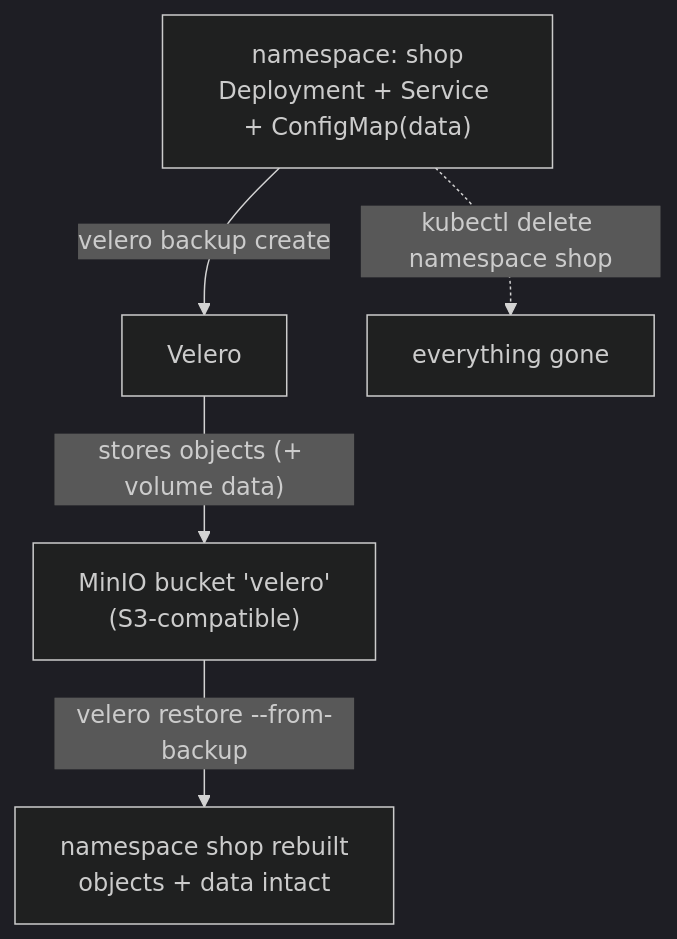
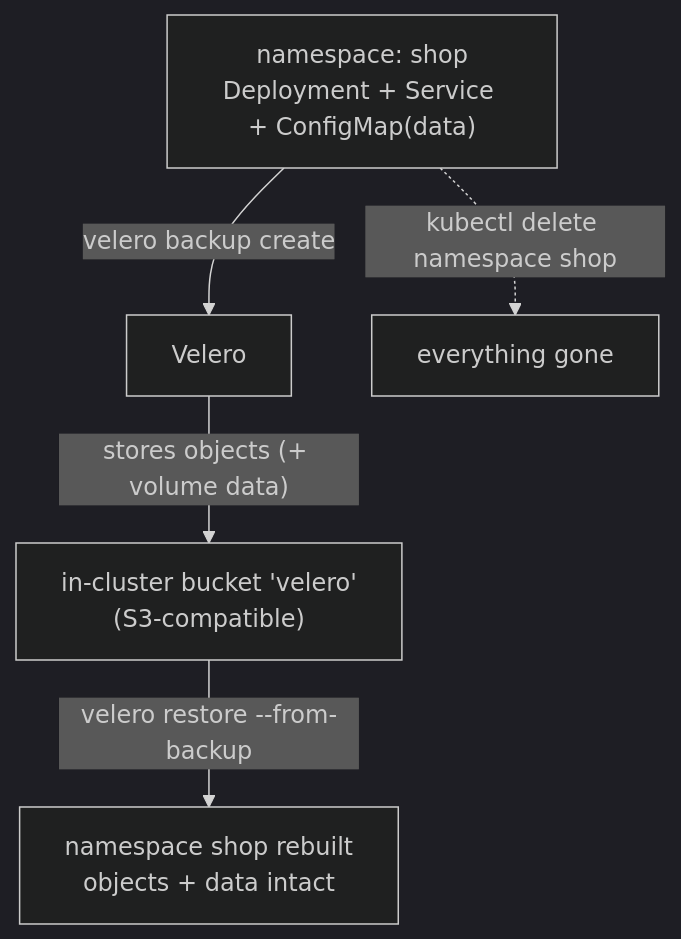
The diagram in build/lab-12-velero-backup-restore.mmd (datacouch-io/Advanced_Kubernetes_Nutanix), drawn with Mermaid (dark theme) before and after one commit. The commit also changed 22 other files, not shown here.

```diff
--- a/build/lab-12-velero-backup-restore.mmd
+++ b/build/lab-12-velero-backup-restore.mmd
@@ -1,5 +1,5 @@
 flowchart TB
     NS["namespace: shop<br/>Deployment + Service + ConfigMap(data)"] -->|"velero backup create"| VELERO["Velero"]
-    VELERO -->|"stores objects (+ volume data)"| MINIO["MinIO bucket 'velero'<br/>(S3-compatible)"]
+    VELERO -->|"stores objects (+ volume data)"| MINIO["in-cluster bucket 'velero'<br/>(S3-compatible)"]
     NS -.->|"kubectl delete namespace shop"| GONE["everything gone"]
     MINIO -->|"velero restore --from-backup"| RESTORED["namespace shop rebuilt<br/>objects + data intact"]
```
